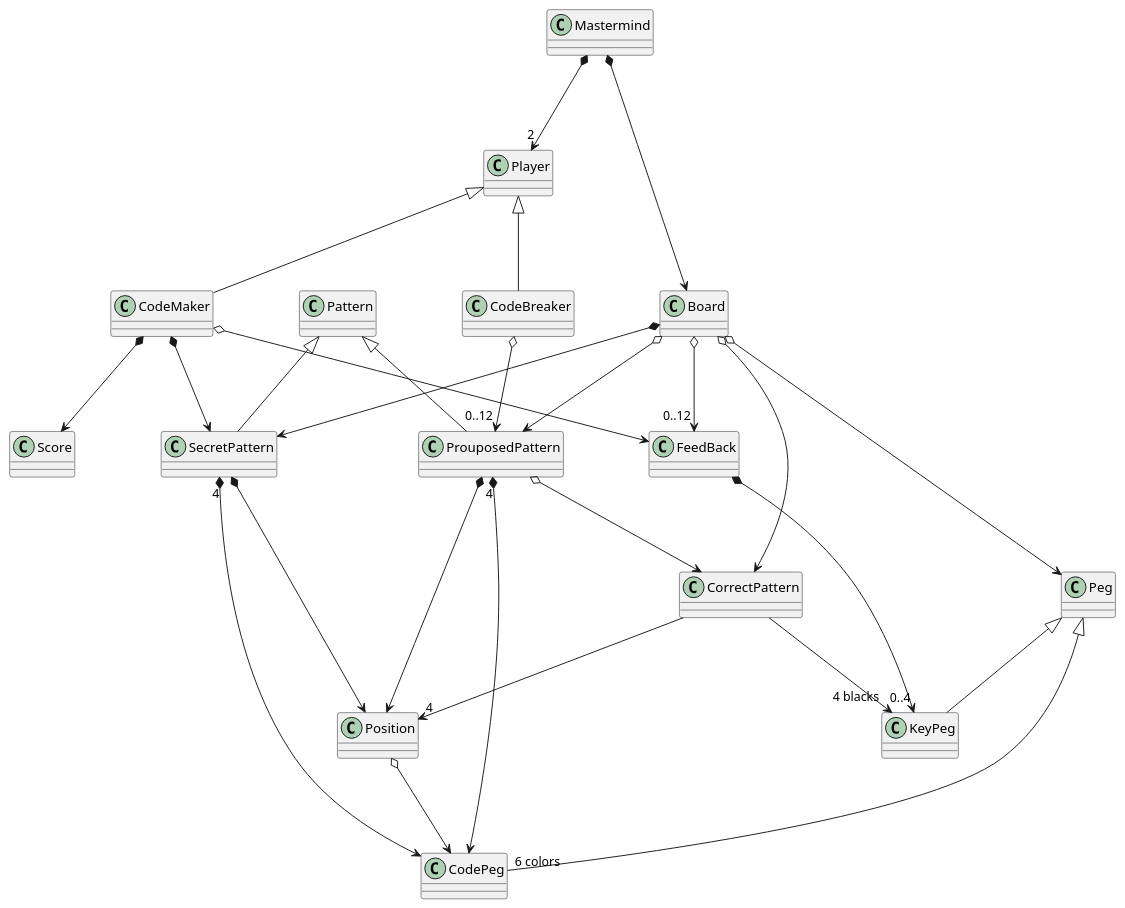
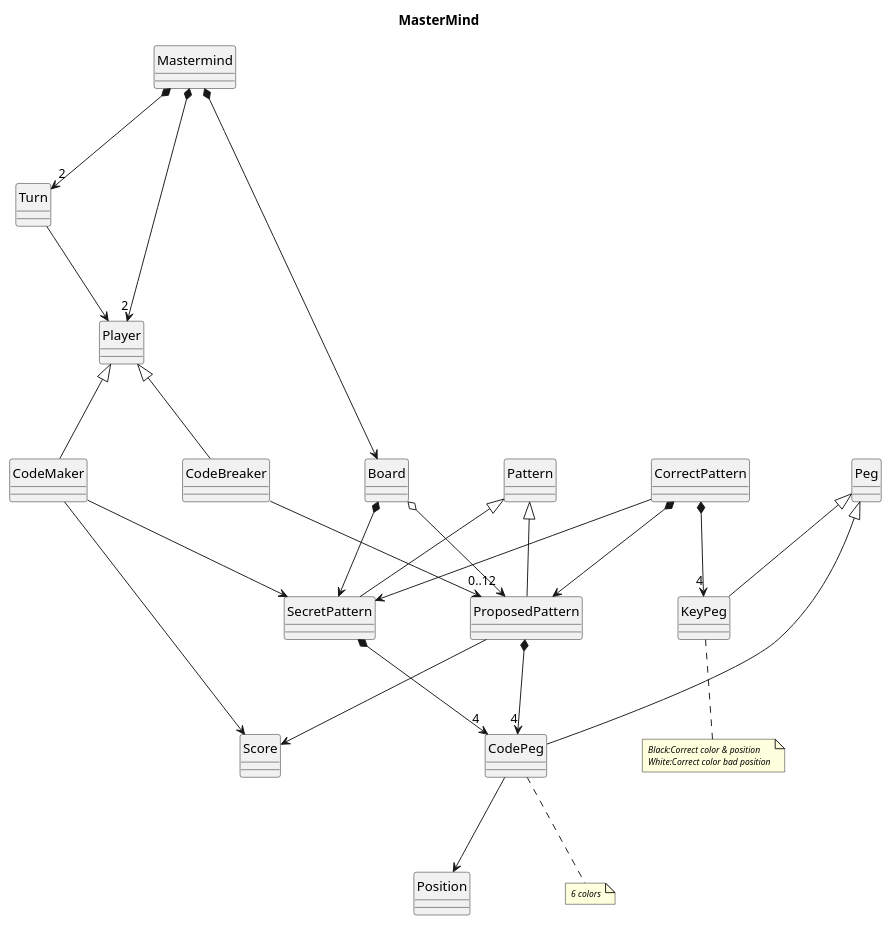
The diagram in masterMind.puml (Master-Desarrollo-20-21/ejercicio-2-modelo-de-dominio-mastermind-D4nny-dev), drawn with PlantUML before and after one commit. The commit also changed 2 other files, not shown here.

Commit message:
Fix MasterMind UML class diagram v0.2

```diff
--- a/masterMind.puml
+++ b/masterMind.puml
@@ -1,44 +1,50 @@
 @startuml
-skinparam nodesep 90
+title MasterMind
+skinparam style strictuml
+skinparam shadowing false
+skinparam nodesep 100
 skinparam ranksep 100
-skinparam shadowing false
 
 Mastermind *-down-> "2" Player
+Mastermind *-down-> "2" Turn
 Mastermind *-down-> Board
 
+Turn -down-> Player
+
+Player <|-down- CodeMaker
 Player <|-down- CodeBreaker
-Player <|-down- CodeMaker
 
-CodeBreaker o-down->"0..12" ProuposedPattern
+Board *-down->SecretPattern
+Board o-down->"0..12"ProposedPattern
 
-Board o-down-> Peg
-Board o-down-> ProuposedPattern
-Board *-down-> SecretPattern
-Board o-down->"0..12" FeedBack
-Board o-down-> CorrectPattern
+Pattern <|-down- ProposedPattern
+Pattern <|-down- SecretPattern
 
-Peg <|-down-"6 colors" CodePeg
-Peg <|-down-KeyPeg
+CodeMaker -down-> SecretPattern
+CodeMaker -down-> Score
+CodeBreaker -down-> ProposedPattern
 
-Position o-down-> CodePeg
 
-CodeMaker *-down-> SecretPattern
-CodeMaker *-down-> Score
-CodeMaker o-down-> FeedBack
+CorrectPattern *-down-> ProposedPattern
+CorrectPattern -down-> SecretPattern
 
-FeedBack *-down->"0..4" KeyPeg
+ProposedPattern *-down->"4"CodePeg
+CorrectPattern *-down->"4"KeyPeg
+SecretPattern *-down->"4"CodePeg
 
-Pattern <|-down- SecretPattern
-Pattern <|-down-ProuposedPattern
+ProposedPattern -down-> Score
 
-ProuposedPattern "4"*-down->CodePeg
-ProuposedPattern *-down-> Position
-ProuposedPattern o-down-> CorrectPattern
+CodePeg -down->Position
+Peg <|-down- KeyPeg
+Peg <|-down- CodePeg
 
-SecretPattern "4"*-down-> CodePeg
-SecretPattern *-down-> Position
+note bottom of KeyPeg
+ <size:9><i>Black:Correct color & position</i></size>
+ <size:9><i>White:Correct color bad position</i></size>
+end note
 
-CorrectPattern -down->"4 blacks" KeyPeg
-CorrectPattern -down-> "4"Position
+note bottom of CodePeg
+ <size:9><i>6 colors</i></size>
+end note
 
 @enduml
```
